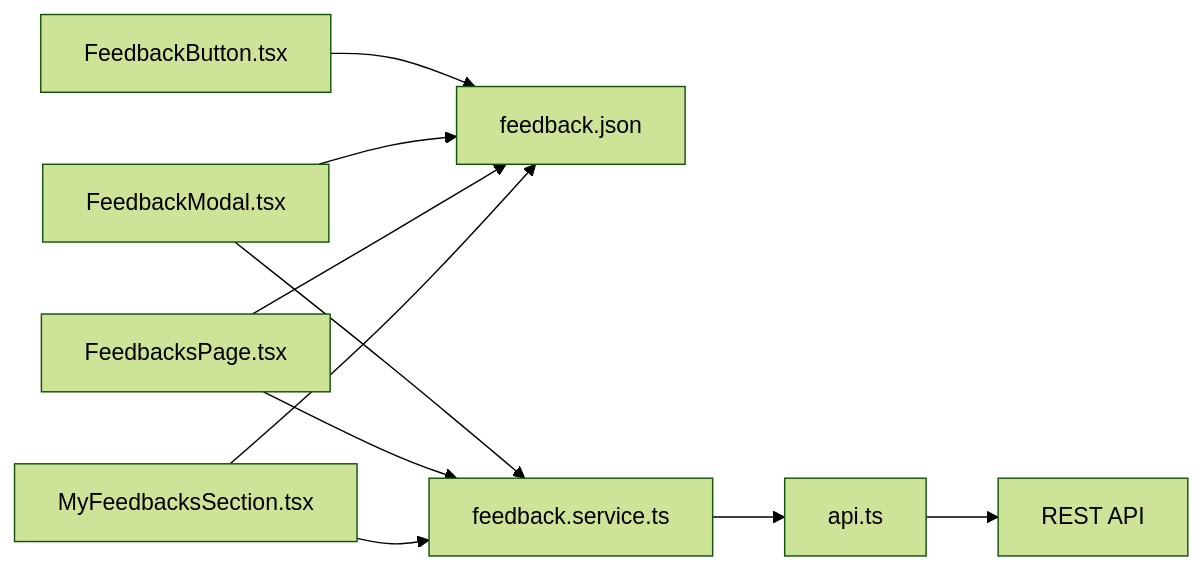
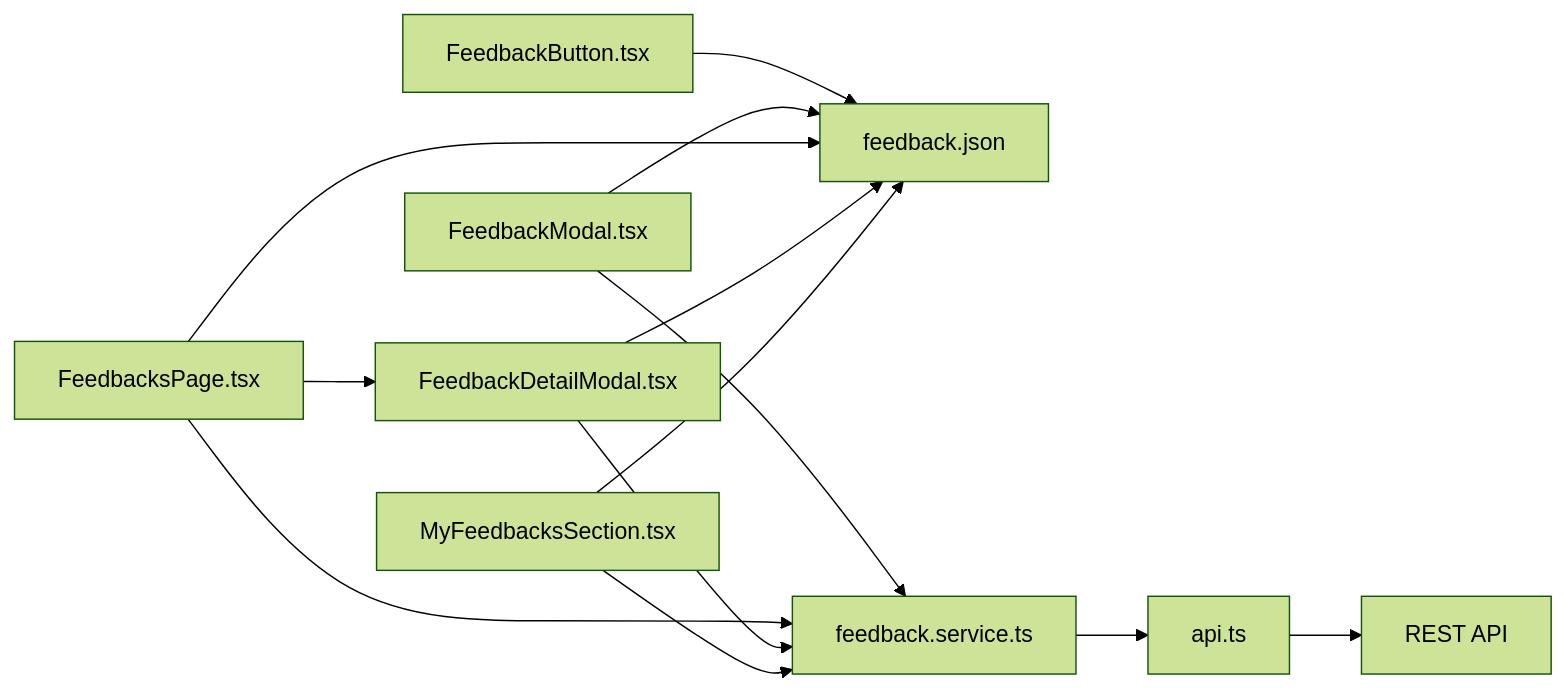
Before and after one commit to RobertRuas/windlog: the fourth of 4 diagrams in .qoder/repowiki/en/content/Arquitetura Frontend/Módulo de Feedback - Frontend.md, drawn with Mermaid (forest theme). The commit also changed other lines of this file and 105 other files, not shown here.

````diff
--- a/.qoder/repowiki/en/content/Arquitetura Frontend/Módulo de Feedback - Frontend.md
+++ b/.qoder/repowiki/en/content/Arquitetura Frontend/Módulo de Feedback - Frontend.md
@@ -323,12 +365,15 @@
 ```mermaid
 graph LR
 FB_Button["FeedbackButton.tsx"] --> FB_Locales["feedback.json"]
 FB_Modal["FeedbackModal.tsx"] --> FB_Service["feedback.service.ts"]
 FB_Modal --> FB_Locales
 FB_Page["FeedbacksPage.tsx"] --> FB_Service
 FB_Page --> FB_Locales
+FB_Page --> FB_Detail["FeedbackDetailModal.tsx"]
+FB_Detail --> FB_Service
+FB_Detail --> FB_Locales
 MF_Sections["MyFeedbacksSection.tsx"] --> FB_Service
 MF_Sections --> FB_Locales
 FB_Service --> API_Client["api.ts"]
 API_Client --> Backend["REST API"]
 ```
````
